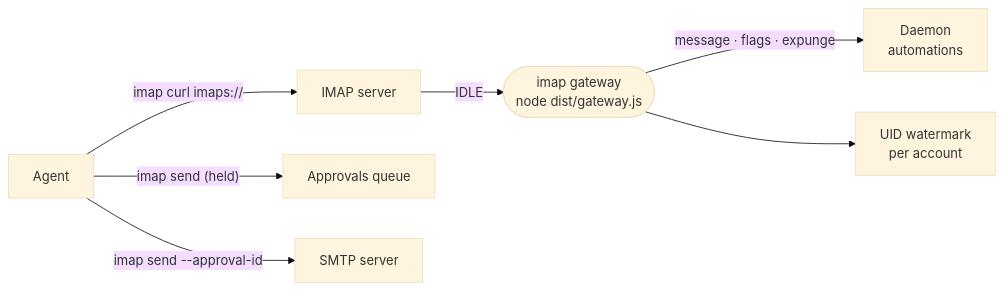
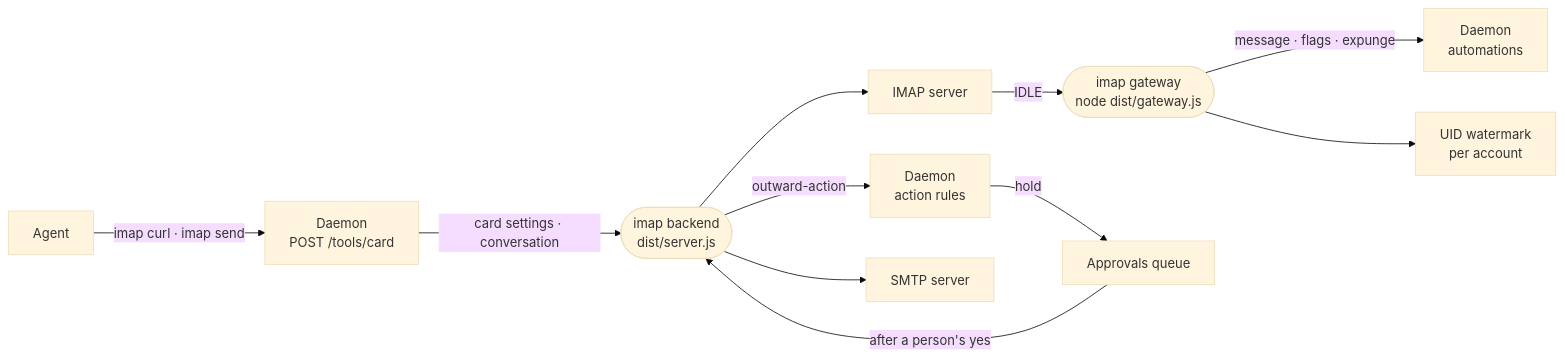
Before and after one commit to intentic/intentic: the diagram in _extensions/imap/README.md, drawn with Mermaid (base theme). The commit also changed other lines of this file and 587 other files, not shown here.

````diff
--- a/_extensions/imap/README.md
+++ b/_extensions/imap/README.md
@@ -5,9 +5,13 @@
 ```mermaid
 flowchart LR
     server["IMAP server"] -->|"IDLE"| gw(["imap gateway<br/>node dist/gateway.js"])
     gw -->|"message · flags · expunge"| daemon["Daemon<br/>automations"]
     gw --> mark["UID watermark<br/>per account"]
-    agent["Agent"] -->|"imap curl imaps://"| server
-    agent -->|"imap send (held)"| approvals["Approvals queue"]
-    agent -->|"imap send --approval-id"| smtp["SMTP server"]
+    agent["Agent"] -->|"imap curl · imap send"| door["Daemon<br/>POST /tools/card"]
+    door -->|"card settings · conversation"| backend(["imap backend<br/>dist/server.js"])
+    backend -->|"outward-action"| rules["Daemon<br/>action rules"]
+    rules -->|"hold"| approvals["Approvals queue"]
+    approvals -->|"after a person's yes"| backend
+    backend --> server
+    backend --> smtp["SMTP server"]
 ```
````
